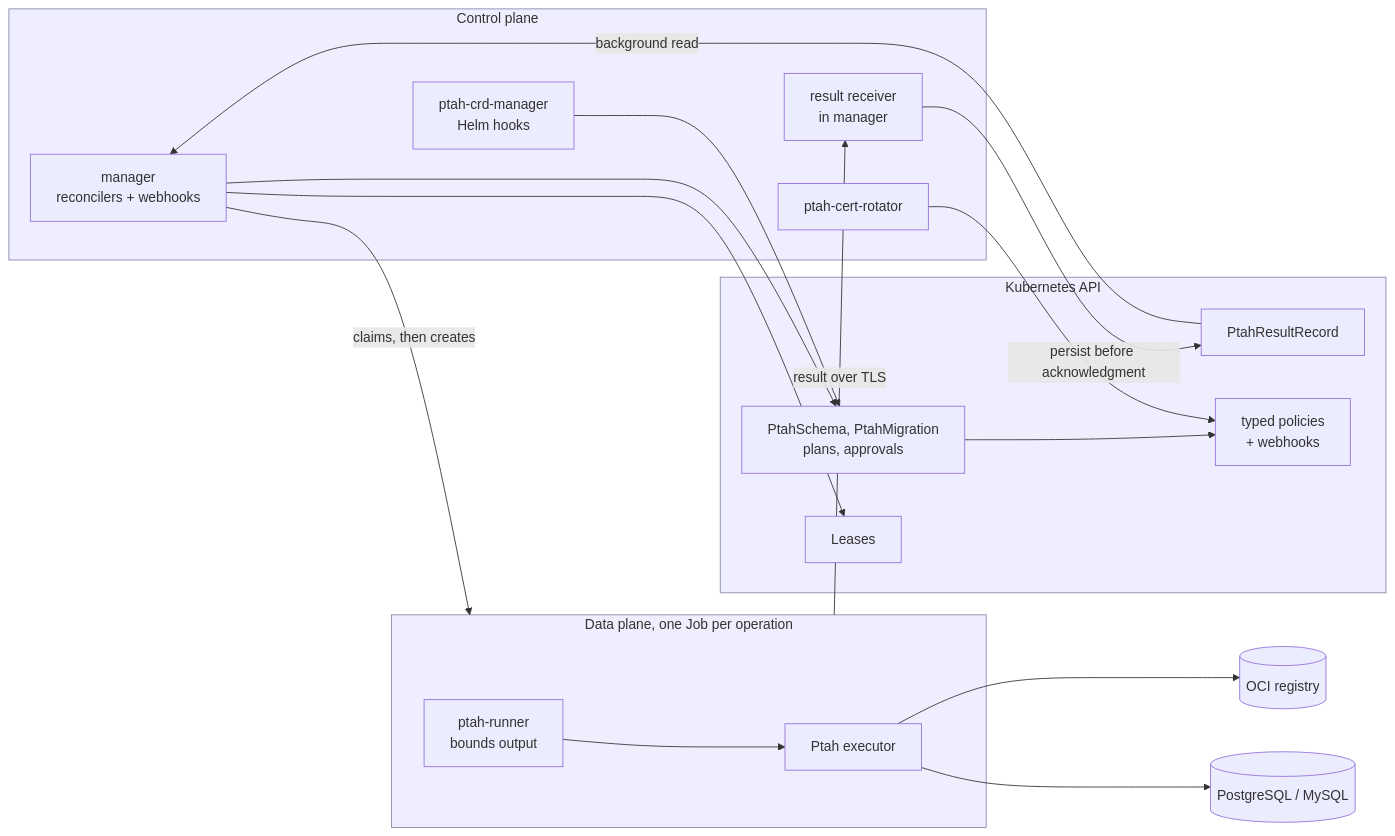
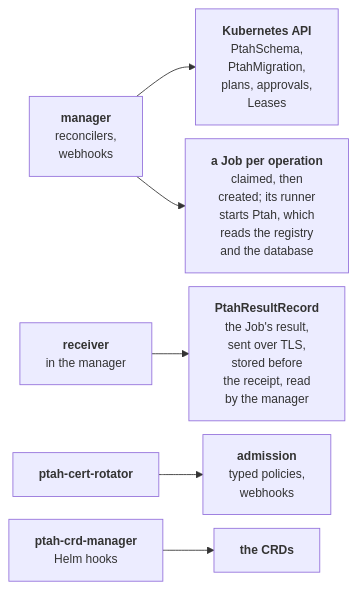
The diagram in docs/site/src/content/docs/reference/architecture.md (stokaro/ptah-operator), drawn with Mermaid before and after one commit. The commit also changed 5 other files, not shown here.

First line of the commit message:
Draw the remaining diagrams at a size a phone can read (#1203)

````diff
--- a/docs/site/src/content/docs/reference/architecture.md
+++ b/docs/site/src/content/docs/reference/architecture.md
@@ -70,40 +70,20 @@
 ```mermaid
+---
+config:
+  look: classic
+  themeVariables:
+    fontSize: 14px
+  flowchart:
+    wrappingWidth: 340
+    nodeSpacing: 16
+    rankSpacing: 26
+---
 flowchart LR
-  subgraph cp["Control plane"]
-    manager["manager<br/>reconcilers + webhooks"]
-    receiver["result receiver<br/>in manager"]
-    rotator["ptah-cert-rotator"]
-    crd["ptah-crd-manager<br/>Helm hooks"]
-  end
-
-  subgraph api["Kubernetes API"]
-    kinds["PtahSchema, PtahMigration<br/>plans, approvals"]
-    results["PtahResultRecord"]
-    guards["typed policies<br/>+ webhooks"]
-    leases["Leases"]
-  end
-
-  subgraph dp["Data plane, one Job per operation"]
-    runner["ptah-runner<br/>bounds output"]
-    ptah["Ptah executor"]
-  end
-
-  registry[("OCI registry")]
-  database[("PostgreSQL / MySQL")]
-
-  manager -->|"claims, then creates"| dp
-  manager --> kinds
-  kinds --> guards
-  manager --> leases
-  runner --> ptah
-  ptah --> registry
-  ptah --> database
-  dp -->|"result over TLS"| receiver
-  receiver -->|"persist before acknowledgment"| results
-  results -->|"background read"| manager
-  rotator --> guards
-  crd --> kinds
-
-  classDef plane fill:#eef,stroke:#88a
-  class cp,api,dp plane
+  accTitle: The components of Ptah Operator and what each one acts on
+  accDescr: Each row is a component on the left and, on the right, what it acts on. The manager writes the resources and Leases and creates one Job per operation. In the Job, ptah-runner starts the Ptah executor, which reads the OCI registry and the database and sends the result over TLS to the receiver in the manager. The receiver persists it as a PtahResultRecord before it acknowledges, and the manager reads it back. The certificate rotator serves the admission guards, and the CRD manager installs the kinds.
+  manager["<b>manager</b><br/>reconcilers,<br/>webhooks"] --> kinds["<b>Kubernetes API</b><br/>PtahSchema,<br/>PtahMigration,<br/>plans, approvals,<br/>Leases"]
+  manager --> job["<b>a Job per operation</b><br/>claimed, then<br/>created; its runner<br/>starts Ptah, which<br/>reads the registry<br/>and the database"]
+  receiver["<b>receiver</b><br/>in the manager"] --> results["<b>PtahResultRecord</b><br/>the Job's result,<br/>sent over TLS,<br/>stored before<br/>the receipt, read<br/>by the manager"]
+  rotator["<b>ptah-cert-rotator</b>"] --> guards["<b>admission</b><br/>typed policies,<br/>webhooks"]
+  crd["<b>ptah-crd-manager</b><br/>Helm hooks"] --> crds["<b>the CRDs</b>"]
 ```
````
